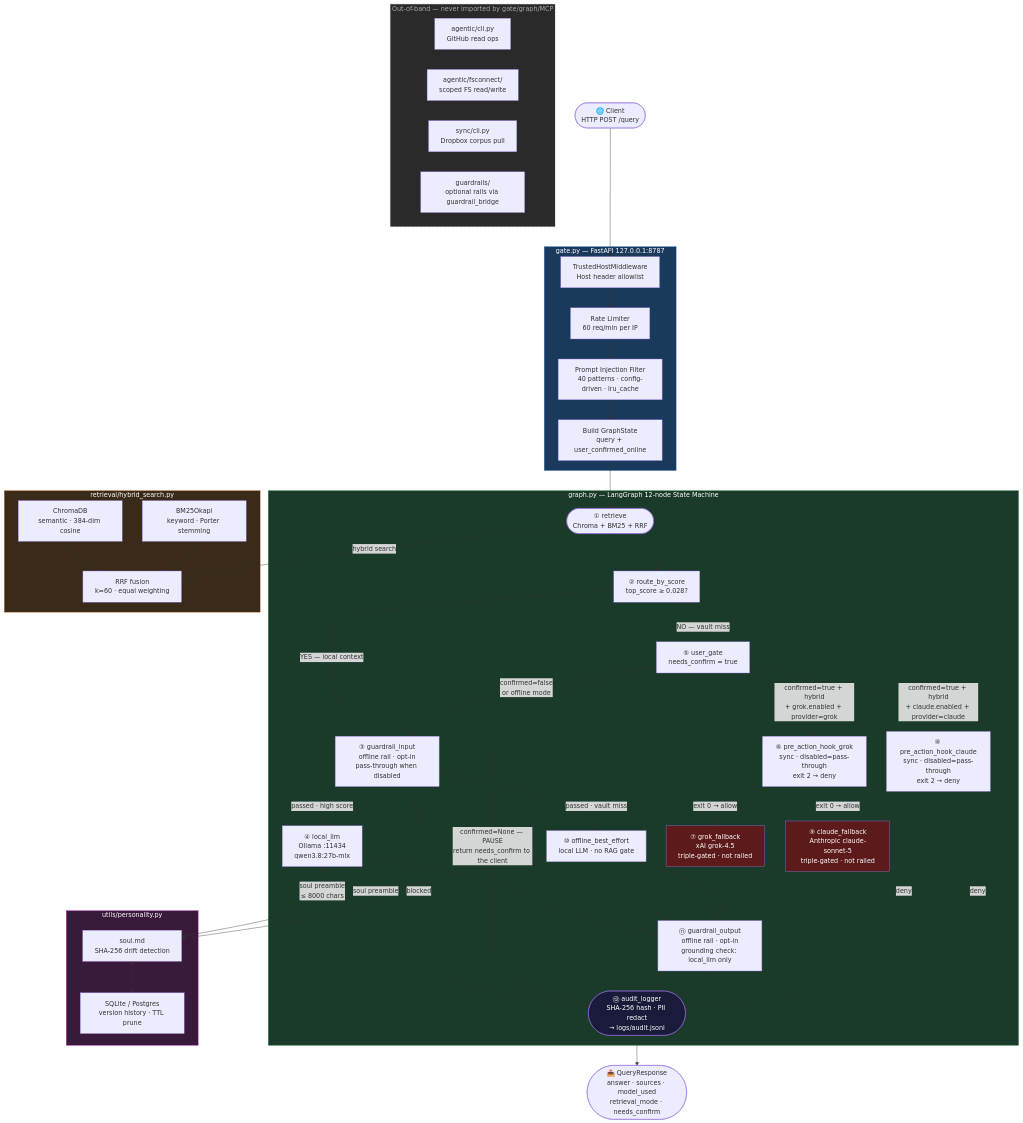
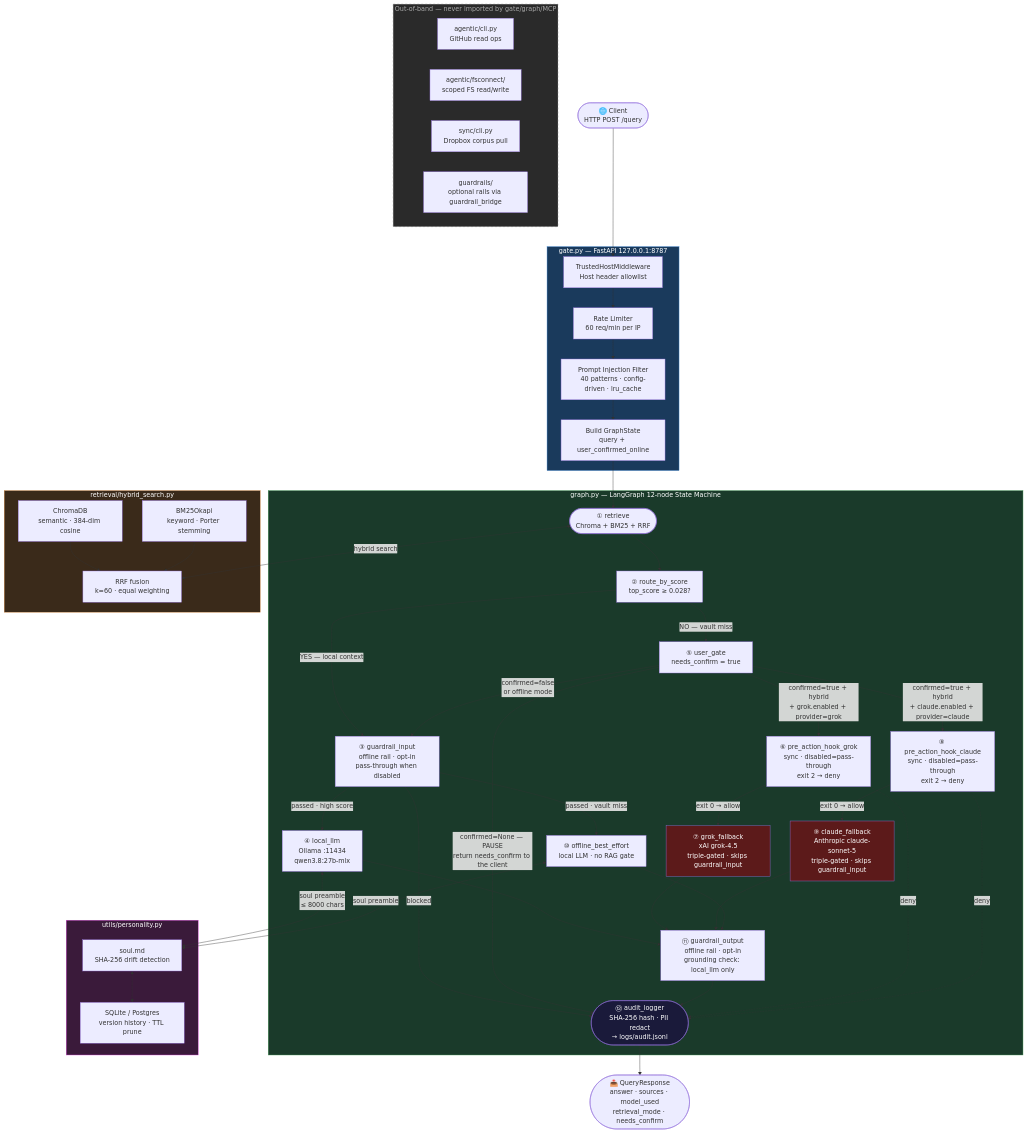
One commit to cgfixit/CyClaw changed the diagram in README.md. Above: the diagram before and after it, drawn with Mermaid. The commit also changed other lines of this file and 6 other files, not shown here.

````diff
--- a/README.md
+++ b/README.md
@@ -222,75 +222,75 @@
 ```mermaid
 flowchart TD
     A(["🌐 Client\nHTTP POST /query"])
     A --> B
 
     subgraph GATEWAY ["gate.py — FastAPI 127.0.0.1:8787"]
         B["TrustedHostMiddleware\nHost header allowlist"]
         B --> C["Rate Limiter\n60 req/min per IP"]
         C --> D["Prompt Injection Filter\n40 patterns · config-driven · lru_cache"]
         D --> E["Build GraphState\nquery + user_confirmed_online"]
     end
 
     E --> F
 
     subgraph GRAPH ["graph.py — LangGraph 12-node State Machine"]
         F(["① retrieve\nChroma + BM25 + RRF"])
         F --> G["② route_by_score\ntop_score ≥ 0.028?"]
         G -->|"YES — local context"| X["③ guardrail_input\noffline rail · opt-in\npass-through when disabled"]
         X -->|"blocked"| L
         X -->|"passed · high score"| H["④ local_llm\nOllama :11434\nqwen3.8:27b-mlx"]
         G -->|"NO — vault miss"| I["⑤ user_gate\nneeds_confirm = true"]
         I -->|"confirmed=true + hybrid\n+ grok.enabled + provider=grok"| PG["⑥ pre_action_hook_grok\nsync · disabled=pass-through\nexit 2 → deny"]
-        PG -->|"exit 0 → allow"| J["⑦ grok_fallback\nxAI grok-4.5\ntriple-gated · not railed"]
+        PG -->|"exit 0 → allow"| J["⑦ grok_fallback\nxAI grok-4.5\ntriple-gated · skips guardrail_input"]
         I -->|"confirmed=true + hybrid\n+ claude.enabled + provider=claude"| PC["⑧ pre_action_hook_claude\nsync · disabled=pass-through\nexit 2 → deny"]
-        PC -->|"exit 0 → allow"| W["⑨ claude_fallback\nAnthropic claude-sonnet-5\ntriple-gated · not railed"]
+        PC -->|"exit 0 → allow"| W["⑨ claude_fallback\nAnthropic claude-sonnet-5\ntriple-gated · skips guardrail_input"]
         I -->|"confirmed=false\nor offline mode"| X
         X -->|"passed · vault miss"| K["⑩ offline_best_effort\nlocal LLM · no RAG gate"]
         I -->|"confirmed=None — PAUSE\nreturn needs_confirm to the client"| L
         H --> Y["⑪ guardrail_output\noffline rail · opt-in\ngrounding check: local_llm only"]
         J --> Y
         W --> Y
         K --> Y
         Y --> L
         PG -.->|"deny"| L
         PC -.->|"deny"| L
         L(["⑫ audit_logger\nSHA-256 hash · PII redact\n→ logs/audit.jsonl"])
     end
 
     L --> M(["📤 QueryResponse\nanswer · sources · model_used\nretrieval_mode · needs_confirm"])
 
     subgraph RETRIEVAL ["retrieval/hybrid_search.py"]
         N["ChromaDB\nsemantic · 384-dim cosine"]
         O["BM25Okapi\nkeyword · Porter stemming"]
         P["RRF fusion\nk=60 · equal weighting"]
         N --> P
         O --> P
     end
 
     F <-->|"hybrid search"| P
 
     subgraph SOUL ["utils/personality.py"]
         Q["soul.md\nSHA-256 drift detection"]
         R["SQLite / Postgres\nversion history · TTL prune"]
         Q <--> R
     end
 
     H <-->|"soul preamble\n≤ 8000 chars"| Q
     K <-->|"soul preamble"| Q
 
     subgraph OOB ["Out-of-band — never imported by gate/graph/MCP"]
         S["agentic/cli.py\nGitHub read ops"]
         T["agentic/fsconnect/\nscoped FS read/write"]
         U["sync/cli.py\nDropbox corpus pull"]
         V["guardrails/\noptional rails via guardrail_bridge"]
     end
 
     style GATEWAY fill:#1a3a5c,color:#ffffff,stroke:#4a90d9
     style GRAPH fill:#1a3a2a,color:#ffffff,stroke:#4a9d5a
     style RETRIEVAL fill:#3a2a1a,color:#ffffff,stroke:#d9904a
     style SOUL fill:#3a1a3a,color:#ffffff,stroke:#d94ad9
     style OOB fill:#2a2a2a,color:#aaaaaa,stroke:#666666,stroke-dasharray:5 5
     style J fill:#5c1a1a,color:#ffffff
     style W fill:#5c1a1a,color:#ffffff
     style L fill:#1a1a3a,color:#ffffff
 ```
````
